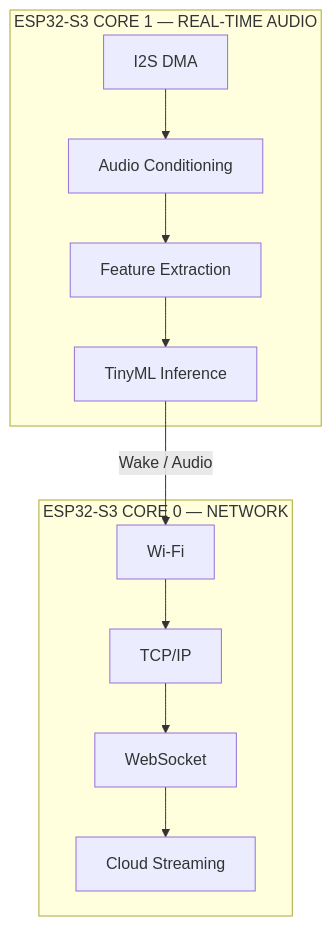
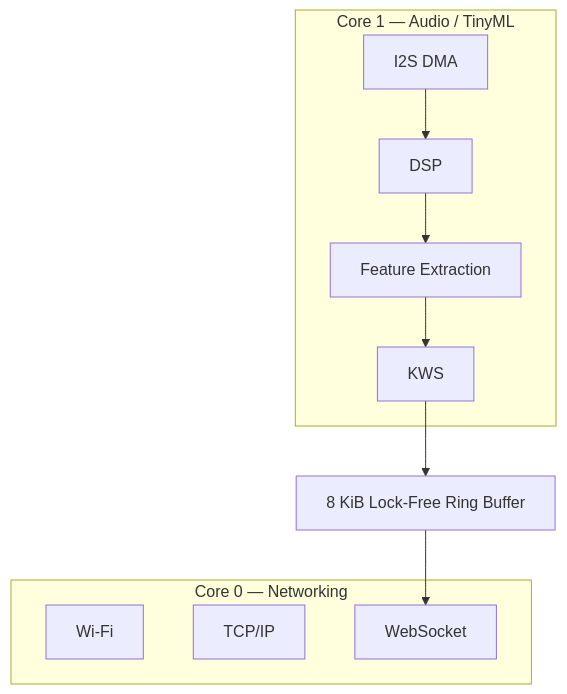
One commit to Raj24-dev/Kws changed the fourth of 8 diagrams in README.md. Above: the diagram before and after it, drawn with Mermaid. The commit also changed other lines of this file, not shown here.

````diff
--- a/README.md
+++ b/README.md
@@ -649,21 +264,20 @@
 ```mermaid
 flowchart TB
 
-    subgraph C1["ESP32-S3 CORE 1 — REAL-TIME AUDIO"]
+    subgraph C1["Core 1 — Audio / TinyML"]
         A["I2S DMA"]
-        B["Audio Conditioning"]
+        B["DSP"]
         C["Feature Extraction"]
-        D["TinyML Inference"]
+        D["KWS"]
+        A --> B --> C --> D
     end
 
-    subgraph C0["ESP32-S3 CORE 0 — NETWORK"]
+    subgraph C0["Core 0 — Networking"]
         E["Wi-Fi"]
         F["TCP/IP"]
         G["WebSocket"]
-        H["Cloud Streaming"]
     end
 
-    A --> B --> C --> D
-    D -->|"Wake / Audio"| E
-    E --> F --> G --> H
+    D --> H["8 KiB Lock-Free Ring Buffer"]
+    H --> G
 ```
````
